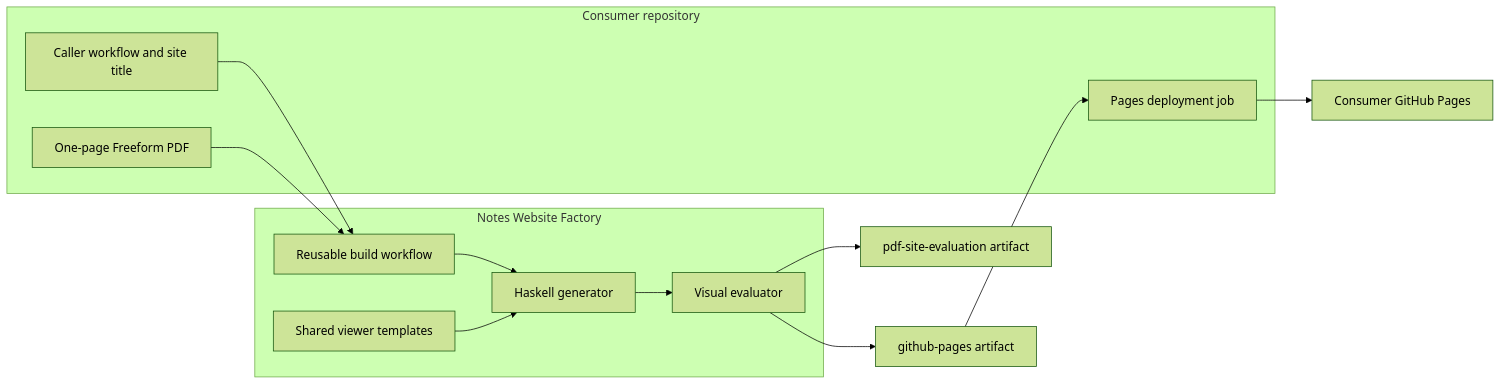
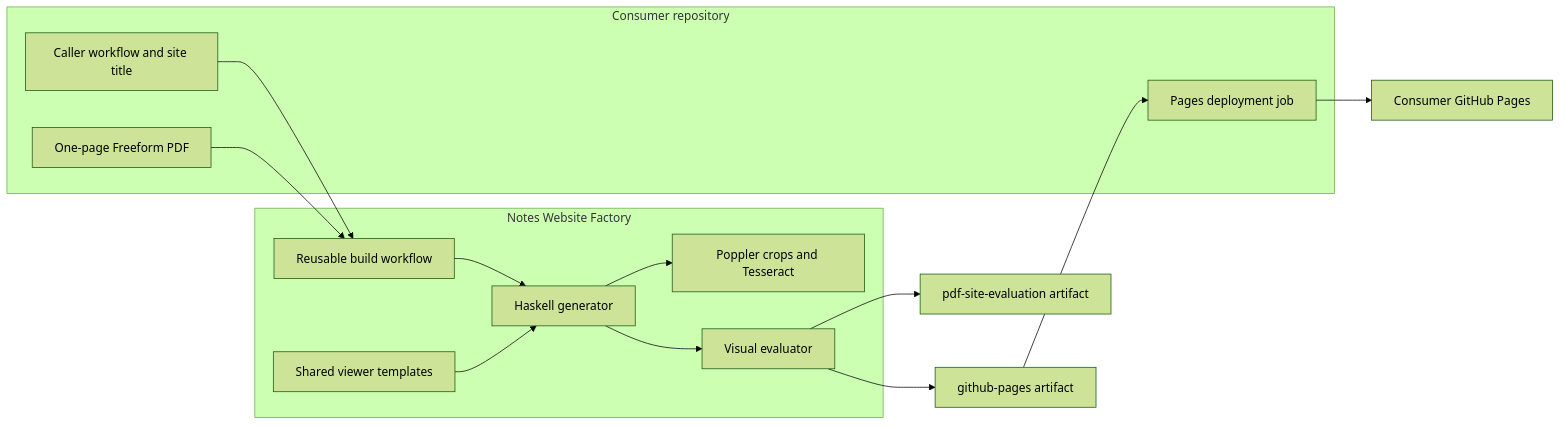
The first of 3 diagrams in docs/architecture.md (bajor/notes-website-factory), drawn with Mermaid (forest theme) before and after one commit. The commit also changed other lines of this file and 11 other files, not shown here.

````diff
--- a/docs/architecture.md
+++ b/docs/architecture.md
@@ -11,28 +11,30 @@
 ```mermaid
 flowchart LR
   subgraph Consumer[Consumer repository]
     PDF[One-page Freeform PDF]
     Caller[Caller workflow and site title]
     Deploy[Pages deployment job]
   end
 
   subgraph Factory[Notes Website Factory]
     Workflow[Reusable build workflow]
     Generator[Haskell generator]
+    TopicTools[Poppler crops and Tesseract]
     Viewer[Shared viewer templates]
     Oracle[Visual evaluator]
   end
 
   PagesArtifact[github-pages artifact]
   EvidenceArtifact[pdf-site-evaluation artifact]
   Pages[Consumer GitHub Pages]
 
   Caller --> Workflow
   PDF --> Workflow
   Workflow --> Generator
+  Generator --> TopicTools
   Viewer --> Generator
   Generator --> Oracle
   Oracle --> PagesArtifact
   Oracle --> EvidenceArtifact
   PagesArtifact --> Deploy --> Pages
 ```
````
